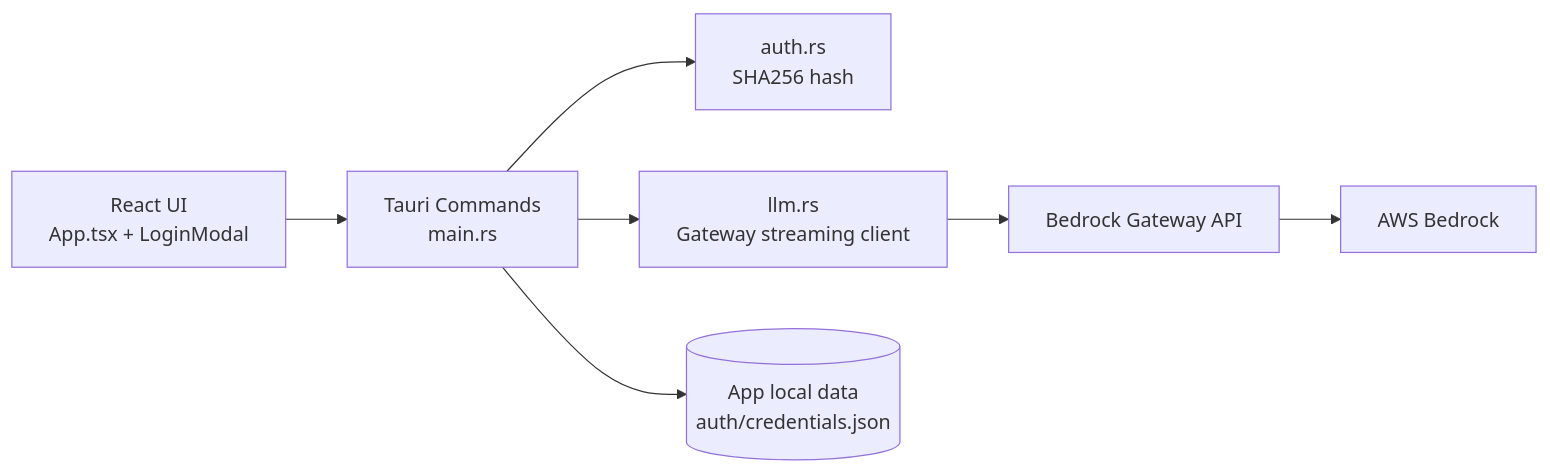
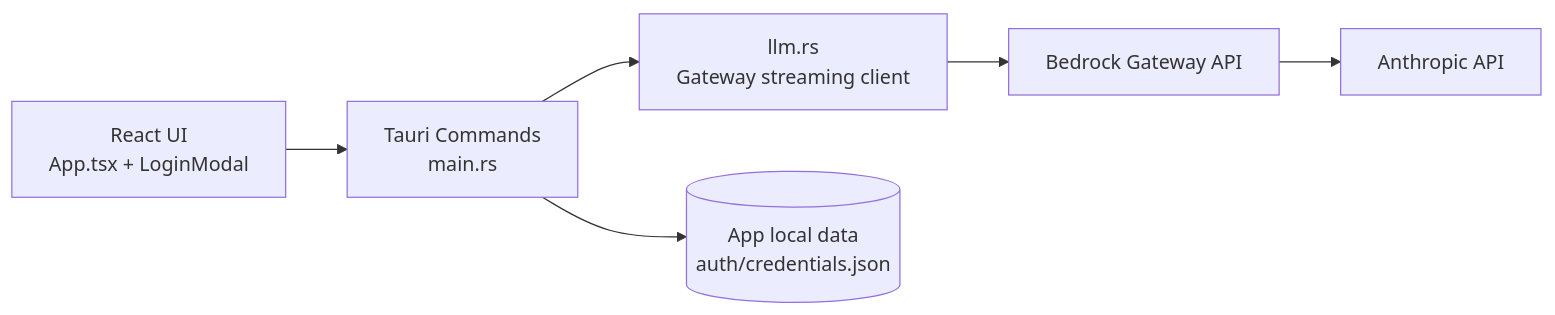
Before and after one commit to paderevski/rubrix: the first of 3 diagrams in docs/ARCHITECTURE_DIAGRAM.md, drawn with Mermaid. The commit also changed other lines of this file and 15 other files, not shown here.

````diff
--- a/docs/ARCHITECTURE_DIAGRAM.md
+++ b/docs/ARCHITECTURE_DIAGRAM.md
@@ -5,9 +5,8 @@
 ```mermaid
 flowchart LR
     UI[React UI\nApp.tsx + LoginModal] --> TAURI[Tauri Commands\nmain.rs]
-    TAURI --> AUTH[auth.rs\nSHA256 hash]
     TAURI --> LLM[llm.rs\nGateway streaming client]
     TAURI --> STORE[(App local data\nauth/credentials.json)]
     LLM --> GATEWAY[Bedrock Gateway API]
-    GATEWAY --> BEDROCK[AWS Bedrock]
+    GATEWAY --> ANTHROPIC[Anthropic API]
 ```
````
